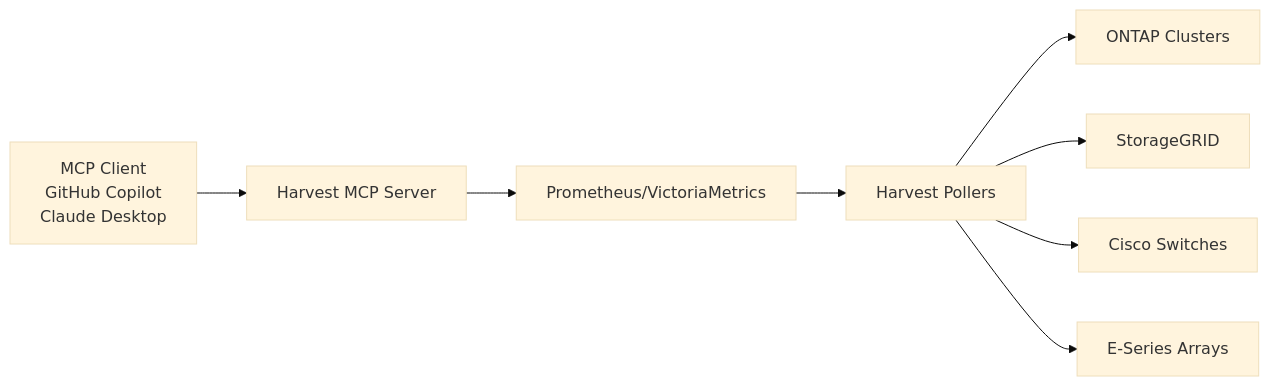
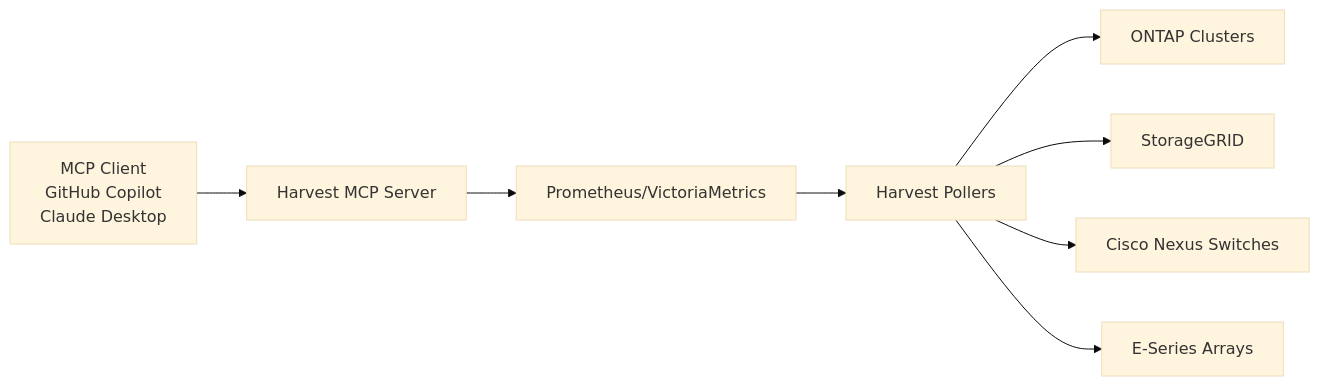
One commit to NetApp/harvest changed the diagram in docs/mcp/overview.md. Above: the diagram before and after it, drawn with Mermaid (base theme).

Commit message:
doc: add E-Series to docs

````diff
--- a/docs/mcp/overview.md
+++ b/docs/mcp/overview.md
@@ -39,10 +39,10 @@
 ```mermaid
 graph LR
     A[MCP Client<br/>GitHub Copilot<br/>Claude Desktop] --> B[Harvest MCP Server]
     B --> C[Prometheus/VictoriaMetrics]
     C --> D[Harvest Pollers]
     D --> F[ONTAP Clusters]
     D --> G[StorageGRID]  
-    D --> H[Cisco Switches]
+    D --> H[Cisco Nexus Switches]
     D --> I[E-Series Arrays]
 ```
````
